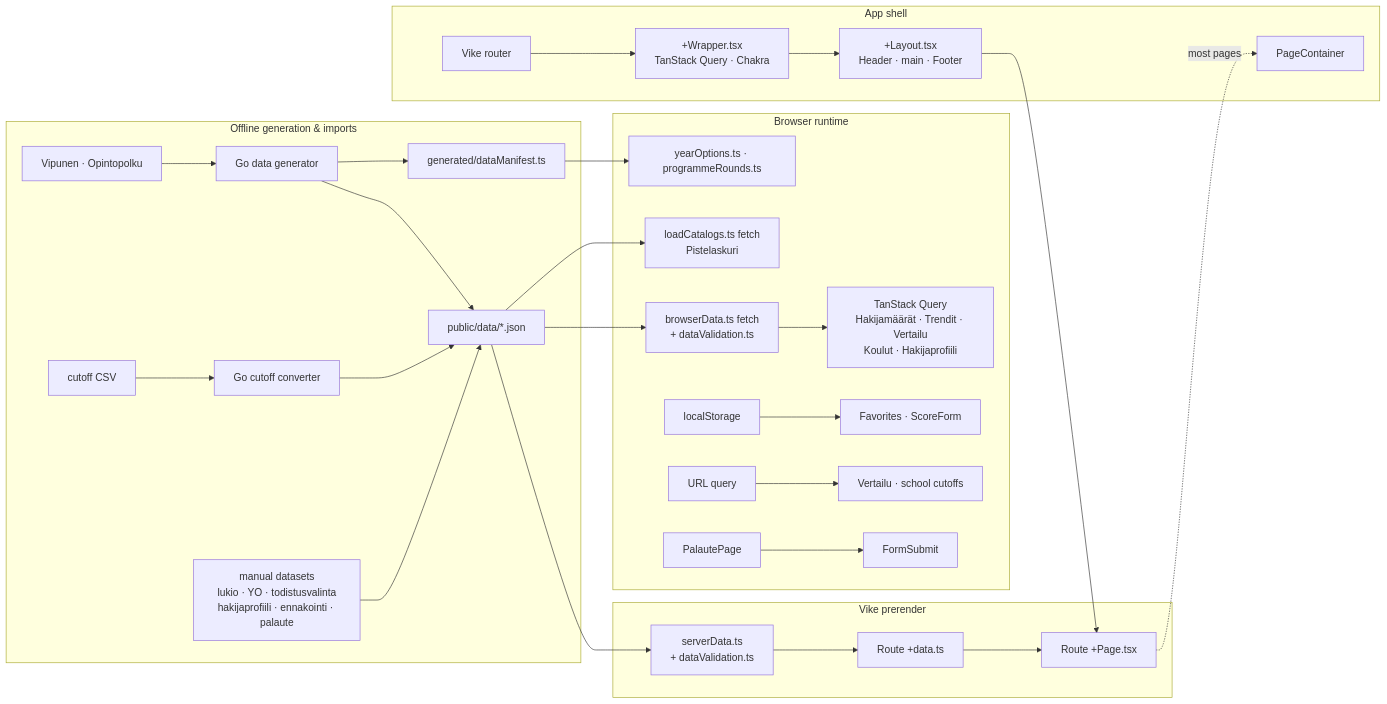
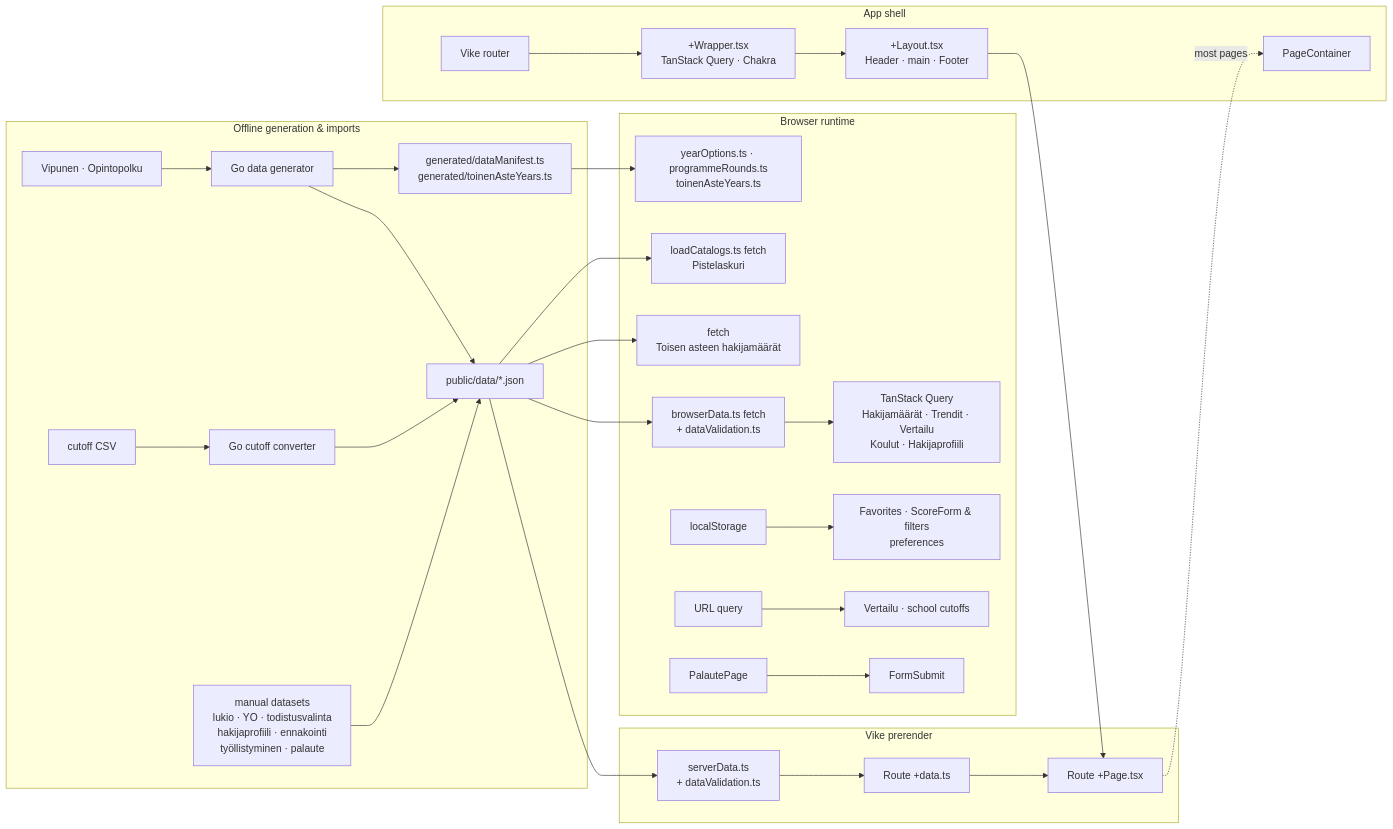
The first of 2 diagrams in frontend/README.md (miko-kortelainen/koulutus-info), drawn with Mermaid before and after one commit. The commit also changed other lines of this file and 3 other files, not shown here.

````diff
--- a/frontend/README.md
+++ b/frontend/README.md
@@ -59,33 +60,34 @@
 ```mermaid
 flowchart LR
   subgraph generation["Offline generation & imports"]
     sources["Vipunen · Opintopolku"] --> generator["Go data generator"]
     generator --> json["public/data/*.json"]
-    generator --> manifest["generated/dataManifest.ts"]
+    generator --> manifest["generated/dataManifest.ts<br/>generated/toinenAsteYears.ts"]
     cutoffCsv["cutoff CSV"] --> cutoffConverter["Go cutoff converter"] --> json
-    staticImports["manual datasets<br/>lukio · YO · todistusvalinta<br/>hakijaprofiili · ennakointi · palaute"] --> json
+    staticImports["manual datasets<br/>lukio · YO · todistusvalinta<br/>hakijaprofiili · ennakointi<br/>työllistyminen · palaute"] --> json
   end
 
   subgraph prerender["Vike prerender"]
     json --> serverData["serverData.ts<br/>+ dataValidation.ts"]
     serverData --> dataFunctions["Route +data.ts"]
     dataFunctions --> routePage["Route +Page.tsx"]
   end
 
   subgraph shell["App shell"]
     router["Vike router"] --> wrapper["+Wrapper.tsx<br/>TanStack Query · Chakra"]
     wrapper --> layout["+Layout.tsx<br/>Header · main · Footer"]
     layout --> routePage
     routePage -. most pages .-> container["PageContainer"]
   end
 
   subgraph runtime["Browser runtime"]
     json --> clientApi["browserData.ts fetch<br/>+ dataValidation.ts"]
     clientApi --> queries["TanStack Query<br/>Hakijamäärät · Trendit · Vertailu<br/>Koulut · Hakijaprofiili"]
+    json --> toinenAsteFetch["fetch<br/>Toisen asteen hakijamäärät"]
     json --> calcCatalogs["loadCatalogs.ts fetch<br/>Pistelaskuri"]
-    manifest --> yearOptions["yearOptions.ts · programmeRounds.ts"]
-    localStorage["localStorage"] --> persisted["Favorites · ScoreForm"]
+    manifest --> yearOptions["yearOptions.ts · programmeRounds.ts<br/>toinenAsteYears.ts"]
+    localStorage["localStorage"] --> persisted["Favorites · ScoreForm & filters<br/>preferences"]
     urlState["URL query"] --> urlPages["Vertailu · school cutoffs"]
     feedback["PalautePage"] --> formSubmit["FormSubmit"]
   end
 ```
````
